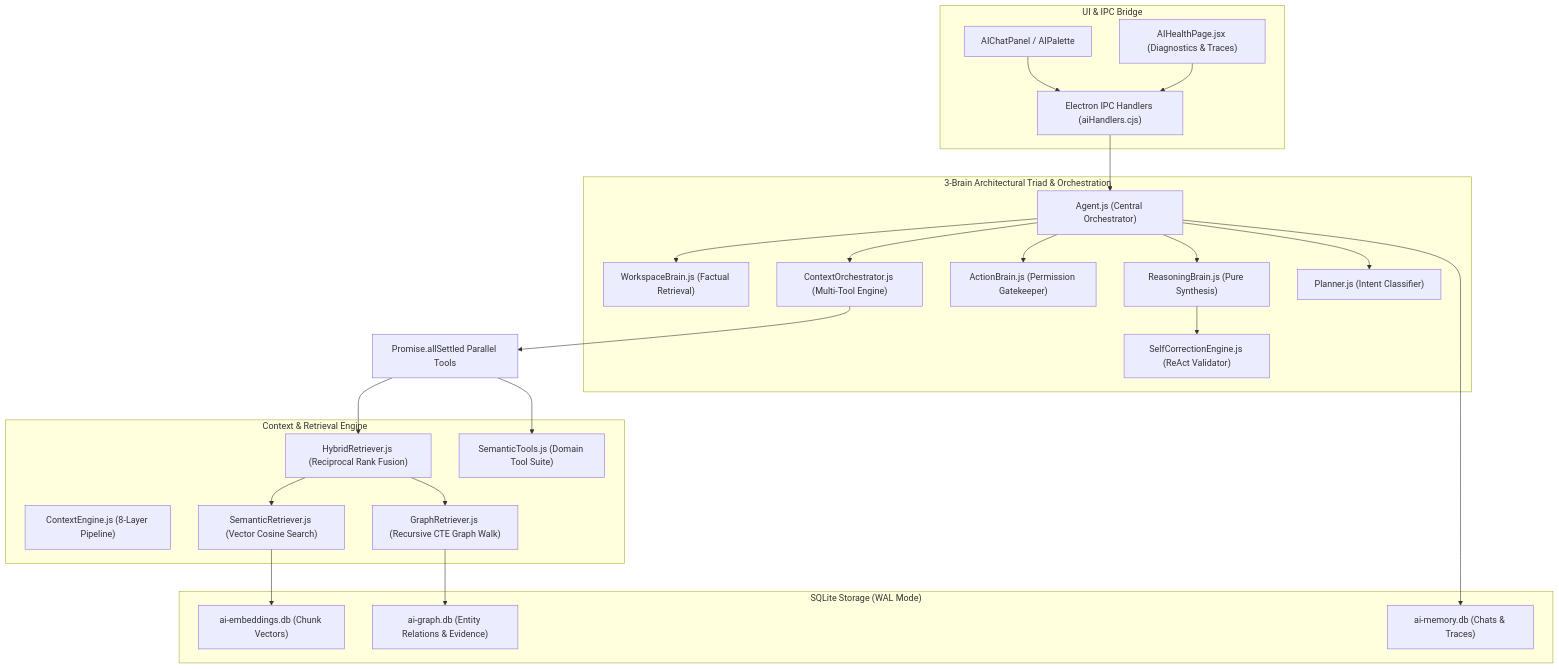
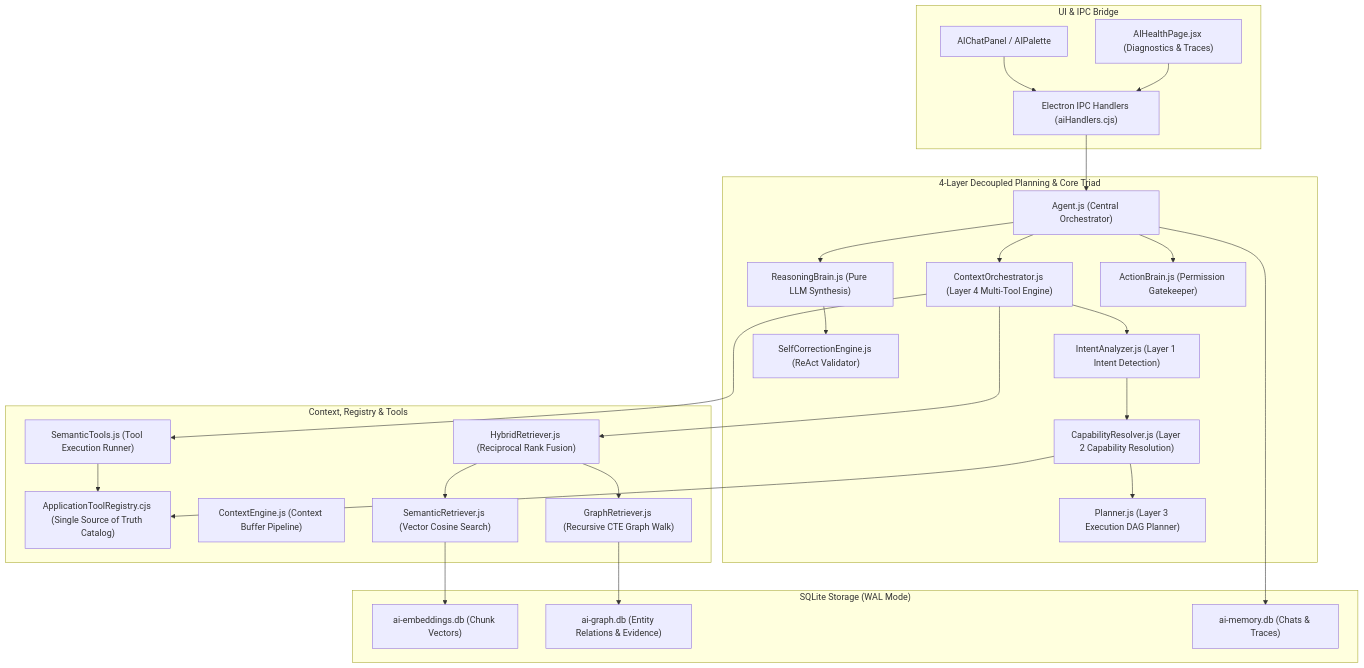
The diagram in ai/README.md (TheNotelyApp/Notely), drawn with Mermaid before and after one commit. The commit also changed other lines of this file and 11 other files, not shown here.

````diff
--- a/ai/README.md
+++ b/ai/README.md
@@ -22,47 +22,51 @@
 ```mermaid
 graph TD
   %% Frontend & IPC
   subgraph Client ["UI & IPC Bridge"]
     UI["AIChatPanel / AIPalette"]
     Diagnostics["AIHealthPage.jsx (Diagnostics & Traces)"]
     IPC["Electron IPC Handlers (aiHandlers.cjs)"]
   end
 
-  %% 3-Brain Core
-  subgraph Core ["3-Brain Architectural Triad & Orchestration"]
+  %% 4-Layer Decoupled Core
+  subgraph Planning ["4-Layer Decoupled Planning & Core Triad"]
     Agent["Agent.js (Central Orchestrator)"]
-    WorkspaceBrain["WorkspaceBrain.js (Factual Retrieval)"]
-    ReasoningBrain["ReasoningBrain.js (Pure Synthesis)"]
+    IntentAnalyzer["IntentAnalyzer.js (Layer 1 Intent Detection)"]
+    CapabilityResolver["CapabilityResolver.js (Layer 2 Capability Resolution)"]
+    Planner["Planner.js (Layer 3 Execution DAG Planner)"]
+    ContextOrchestrator["ContextOrchestrator.js (Layer 4 Multi-Tool Engine)"]
+    ReasoningBrain["ReasoningBrain.js (Pure LLM Synthesis)"]
     ActionBrain["ActionBrain.js (Permission Gatekeeper)"]
-    ContextOrchestrator["ContextOrchestrator.js (Multi-Tool Engine)"]
-    Planner["Planner.js (Intent Classifier)"]
     SelfCorrectionEngine["SelfCorrectionEngine.js (ReAct Validator)"]
   end
 
-  %% Retrieval & Tools
-  subgraph Retrieval ["Context & Retrieval Engine"]
-    ContextEngine["ContextEngine.js (8-Layer Pipeline)"]
+  %% Retrieval & Registry
+  subgraph Retrieval ["Context, Registry & Tools"]
+    Registry["ApplicationToolRegistry.cjs (Single Source of Truth Catalog)"]
+    ContextEngine["ContextEngine.js (Context Buffer Pipeline)"]
     HybridRetriever["HybridRetriever.js (Reciprocal Rank Fusion)"]
     SemanticRetriever["SemanticRetriever.js (Vector Cosine Search)"]
     GraphRetriever["GraphRetriever.js (Recursive CTE Graph Walk)"]
-    SemanticTools["SemanticTools.js (Domain Tool Suite)"]
+    SemanticTools["SemanticTools.js (Tool Execution Runner)"]
   end
 
   %% Storage
   subgraph Storage ["SQLite Storage (WAL Mode)"]
     EmbedDB["ai-embeddings.db (Chunk Vectors)"]
     GraphDB["ai-graph.db (Entity Relations & Evidence)"]
     MemoryDB["ai-memory.db (Chats & Traces)"]
   end
 
   %% Data Flow
   UI & Diagnostics --> IPC --> Agent
-  Agent --> ContextOrchestrator & WorkspaceBrain & ReasoningBrain & ActionBrain & Planner
-  ContextOrchestrator --> ParallelRetrieval["Promise.allSettled Parallel Tools"]
-  ParallelRetrieval --> SemanticTools & HybridRetriever
+  Agent --> ContextOrchestrator & ReasoningBrain & ActionBrain
+  ContextOrchestrator --> IntentAnalyzer --> CapabilityResolver --> Planner
+  CapabilityResolver --> Registry
+  ContextOrchestrator --> SemanticTools & HybridRetriever
+  SemanticTools --> Registry
   HybridRetriever --> SemanticRetriever & GraphRetriever
   SemanticRetriever --> EmbedDB
   GraphRetriever --> GraphDB
   Agent --> MemoryDB
   ReasoningBrain --> SelfCorrectionEngine
 ```
````
